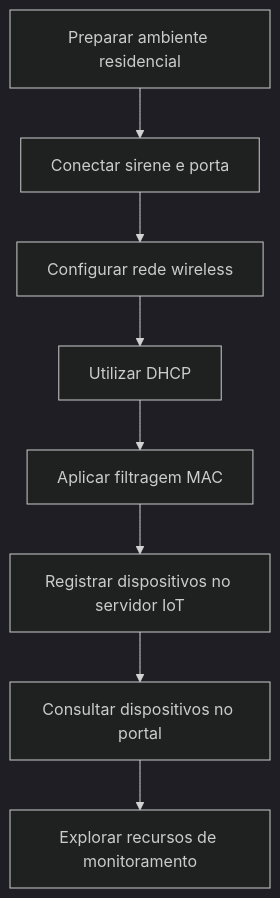
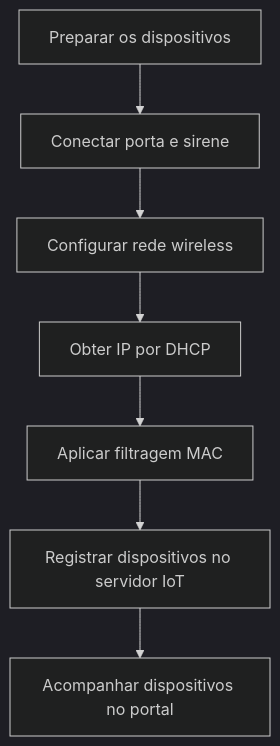
One commit to giovanna-faraujo/Cisco_Packet_Tracer-Lab-Controle_Dispositivos_IoT changed the diagram in README.md. Above: the diagram before and after it, drawn with Mermaid (dark theme). The commit also changed other lines of this file, not shown here.

````diff
--- a/README.md
+++ b/README.md
@@ -37,10 +86,9 @@
 ```mermaid
 flowchart TD
-    A[Preparar ambiente residencial] --> B[Conectar sirene e porta]
+    A[Preparar os dispositivos] --> B[Conectar porta e sirene]
     B --> C[Configurar rede wireless]
-    C --> D[Utilizar DHCP]
+    C --> D[Obter IP por DHCP]
     D --> E[Aplicar filtragem MAC]
     E --> F[Registrar dispositivos no servidor IoT]
-    F --> G[Consultar dispositivos no portal]
-    G --> H[Explorar recursos de monitoramento]
+    F --> G[Acompanhar dispositivos no portal]
 ```
````
